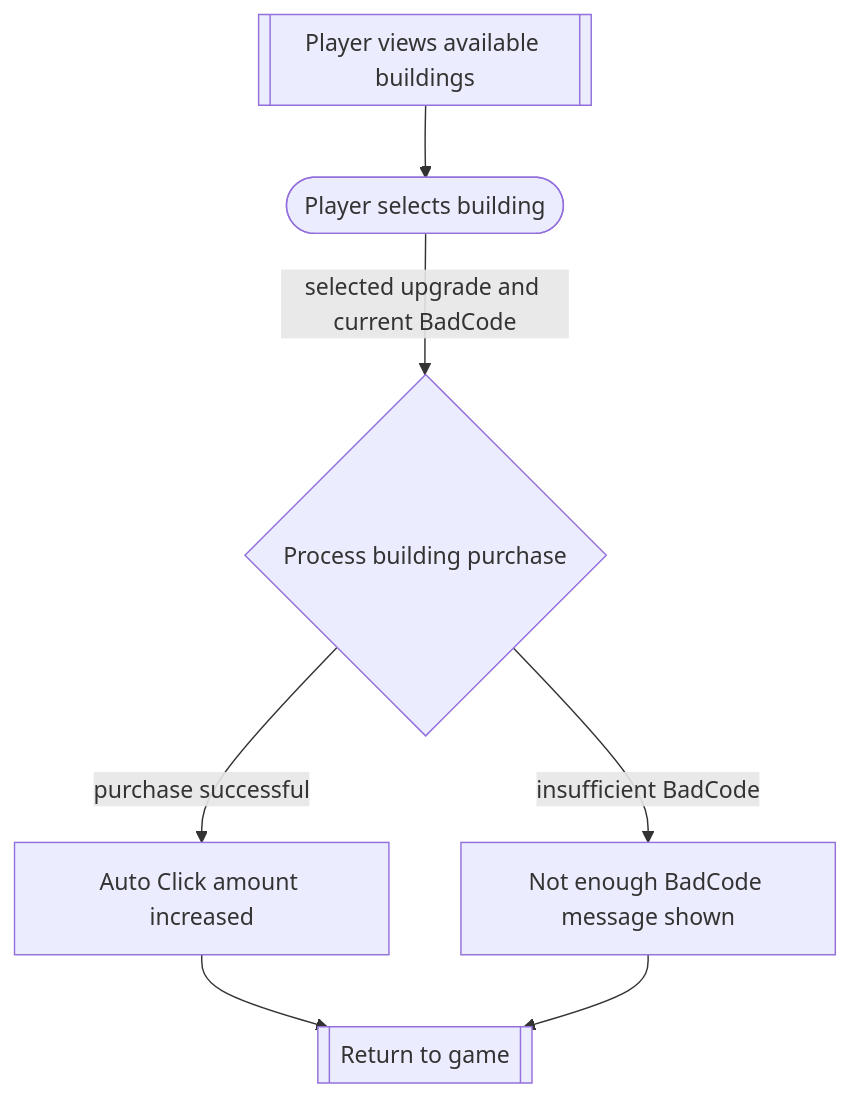
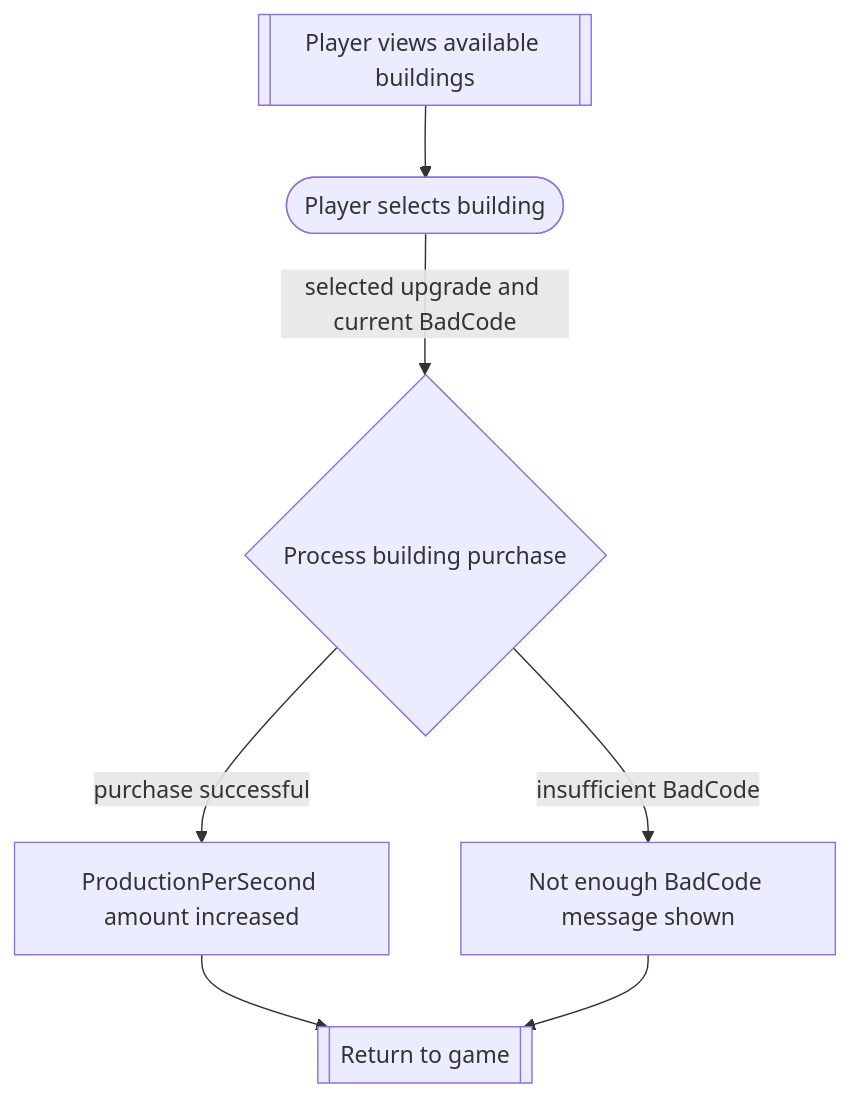
Before and after one commit to MoulikB/2452-project: the third of 4 diagrams in flows.md, drawn with Mermaid. The commit also changed other lines of this file and 6 other files, not shown here.

Commit message:
Updated readme, domain and flows and implemented a basic version of the model files for buildings

````diff
--- a/flows.md
+++ b/flows.md
@@ -62,16 +62,16 @@
 ```mermaid
 flowchart TD
     view[[Player views available buildings]]
     select([Player selects building])
     process{Process building purchase}
-    success[Auto Click amount increased]
+    success[ProductionPerSecond amount increased]
     fail[Not enough BadCode message shown]
     endUpgrade[[Return to game]]
 
     view --> select
     select -- selected upgrade and current BadCode --> process
     process -- purchase successful --> success
     process -- insufficient BadCode --> fail
     success --> endUpgrade
     fail --> endUpgrade
 ```
````
